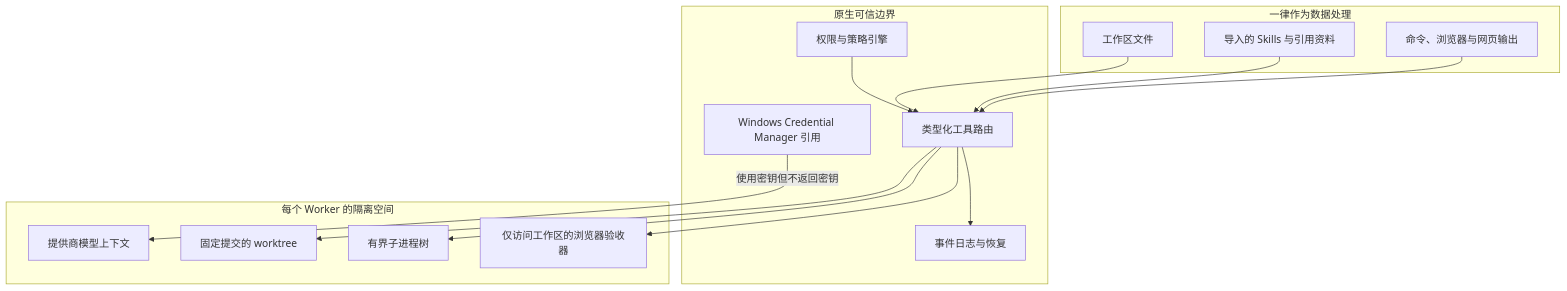
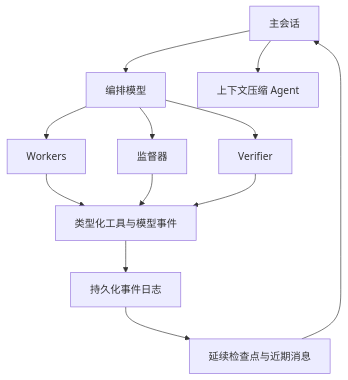
One commit to cb8010d6/LunaScope changed the third of 4 diagrams in README.zh-CN.md. Above: the diagram before and after it, drawn with Mermaid. The commit also changed other lines of this file and 68 other files, not shown here.

````diff
--- a/README.zh-CN.md
+++ b/README.zh-CN.md
@@ -101,32 +91,14 @@
 ```mermaid
 flowchart TB
-    subgraph Trusted["原生可信边界"]
-        POLICY["权限与策略引擎"]
-        KEYRING["Windows Credential Manager 引用"]
-        JOURNAL["事件日志与恢复"]
-        ROUTER["类型化工具路由"]
-    end
-
-    subgraph Isolated["每个 Worker 的隔离空间"]
-        MODEL["提供商模型上下文"]
-        TREE["固定提交的 worktree"]
-        PROC["有界子进程树"]
-        BROWSER["仅访问工作区的浏览器验收器"]
-    end
-
-    subgraph Untrusted["一律作为数据处理"]
-        FILES["工作区文件"]
-        SKILLS["导入的 Skills 与引用资料"]
-        OUTPUT["命令、浏览器与网页输出"]
-    end
-
-    POLICY --> ROUTER
-    KEYRING -->|"使用密钥但不返回密钥"| MODEL
-    ROUTER --> TREE
-    ROUTER --> PROC
-    ROUTER --> BROWSER
-    FILES --> ROUTER
-    SKILLS --> ROUTER
-    OUTPUT --> ROUTER
-    ROUTER --> JOURNAL
+    P["主会话"] --> O["编排模型"]
+    P --> C["上下文压缩 Agent"]
+    O --> W["Workers"]
+    O --> S["监督器"]
+    O --> V["Verifier"]
+    W --> T["类型化工具与模型事件"]
+    S --> T
+    V --> T
+    T --> DB["持久化事件日志"]
+    DB --> CP["延续检查点与近期消息"]
+    CP --> P
 ```
````
